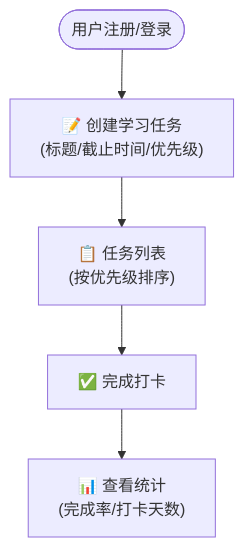
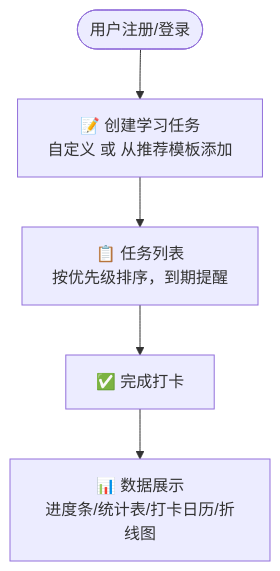
The first of 7 diagrams in 需求报告.md (TonyzzZ666/Study-Agent), drawn with Mermaid before and after one commit. The commit also changed other lines of this file and 1 other file, not shown here.

Commit message:
v3.2: 加回全部功能点（推荐/提醒/日历/图表），用最简单方式实现

````diff
--- a/需求报告.md
+++ b/需求报告.md
@@ -46,7 +46,7 @@
 ```mermaid
 flowchart TD
-    A([用户注册/登录]) --> B["📝 创建学习任务<br/>(标题/截止时间/优先级)"]
-    B --> C["📋 任务列表<br/>(按优先级排序)"]
+    A([用户注册/登录]) --> B["📝 创建学习任务<br/>自定义 或 从推荐模板添加"]
+    B --> C["📋 任务列表<br/>按优先级排序，到期提醒"]
     C --> D["✅ 完成打卡"]
-    D --> E["📊 查看统计<br/>(完成率/打卡天数)"]
+    D --> E["📊 数据展示<br/>进度条/统计表/打卡日历/折线图"]
 ```
````
